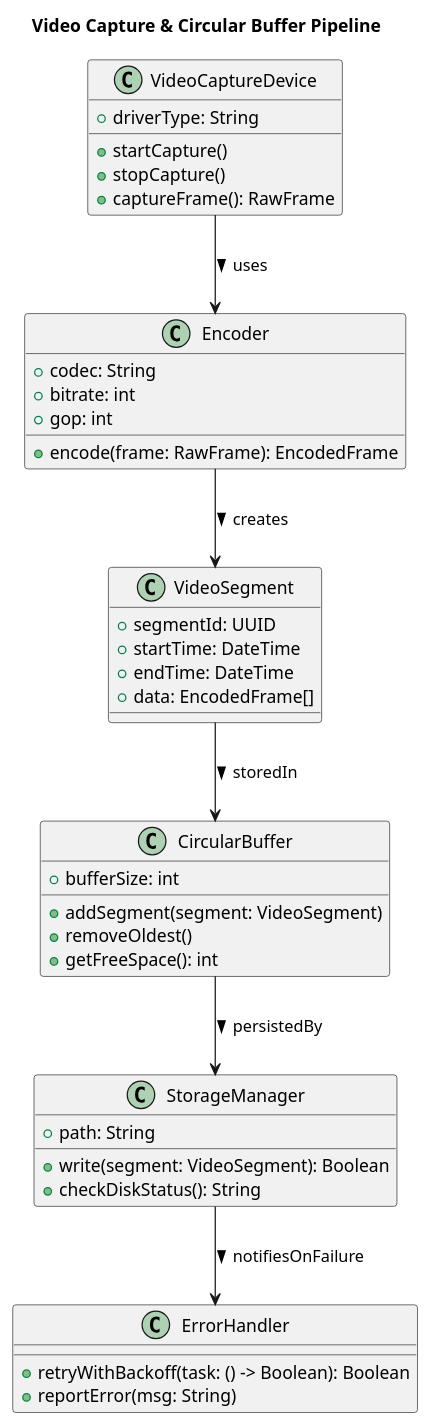
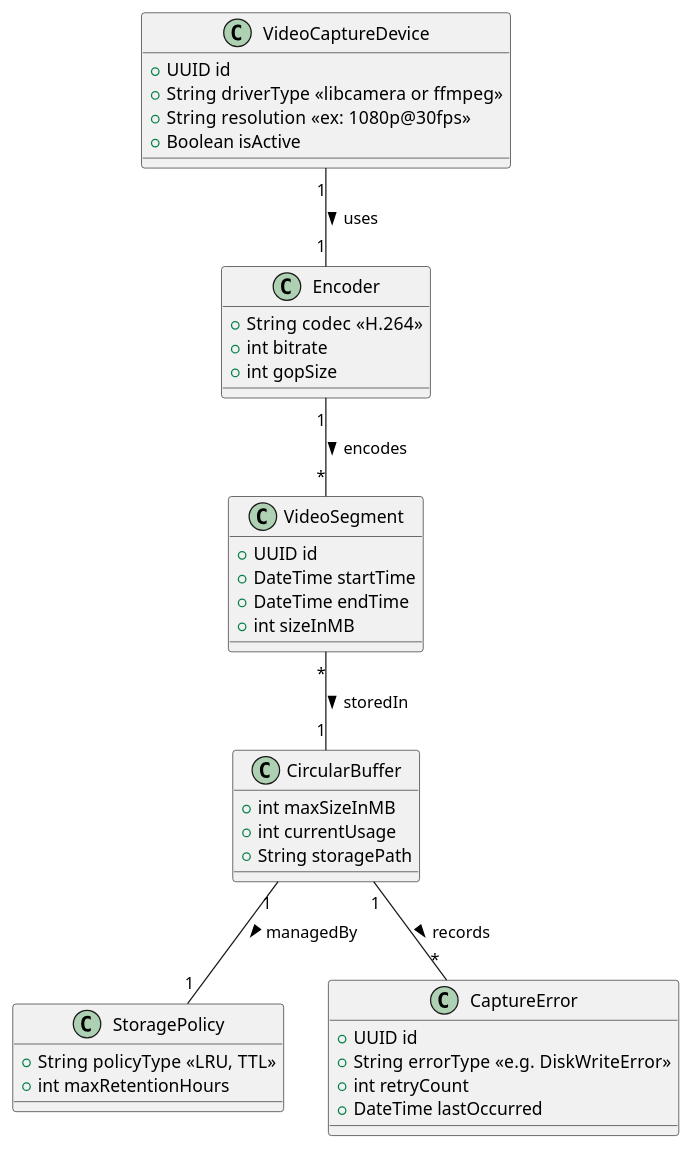
The diagram in 3.1.2 capture_pipeline.plantuml (KnightChaser/opencctv-plantuml-storage), drawn with PlantUML before and after one commit.

Commit message:
Update 3.1.2 capture_pipeline.plantuml

```diff
--- a/3.1.2 capture_pipeline.plantuml
+++ b/3.1.2 capture_pipeline.plantuml
@@ -1,56 +1,48 @@
 @startuml
-title Video Capture & Circular Buffer Pipeline
+'== Capture & Circular Buffer Domain Model ==
 
-' 비디오 캡처 장치 (libcamera 또는 FFmpeg)
 class VideoCaptureDevice {
-  +startCapture()
-  +stopCapture()
-  +captureFrame(): RawFrame
-  +driverType: String
+    +UUID id
+    +String driverType  <<libcamera or ffmpeg>>
+    +String resolution  <<ex: 1080p@30fps>>
+    +Boolean isActive
 }
 
-' 인코더: H.264
 class Encoder {
-  +encode(frame: RawFrame): EncodedFrame
-  +codec: String
-  +bitrate: int
-  +gop: int
+    +String codec  <<H.264>>
+    +int bitrate
+    +int gopSize
 }
 
-' 세그먼트 단위 영상
 class VideoSegment {
-  +segmentId: UUID
-  +startTime: DateTime
-  +endTime: DateTime
-  +data: EncodedFrame[]
+    +UUID id
+    +DateTime startTime
+    +DateTime endTime
+    +int sizeInMB
 }
 
-' 순환 버퍼 저장 구조
 class CircularBuffer {
-  +bufferSize: int
-  +addSegment(segment: VideoSegment)
-  +removeOldest()
-  +getFreeSpace(): int
+    +int maxSizeInMB
+    +int currentUsage
+    +String storagePath
 }
 
-' 디스크 저장 관리자
-class StorageManager {
-  +write(segment: VideoSegment): Boolean
-  +checkDiskStatus(): String
-  +path: String
+class StoragePolicy {
+    +String policyType  <<LRU, TTL>>
+    +int maxRetentionHours
 }
 
-' 예외 처리 및 재시도
-class ErrorHandler {
-  +retryWithBackoff(task: () -> Boolean): Boolean
-  +reportError(msg: String)
+class CaptureError {
+    +UUID id
+    +String errorType  <<e.g. DiskWriteError>>
+    +int retryCount
+    +DateTime lastOccurred
 }
 
-' 관계 연결
-VideoCaptureDevice --> Encoder : uses >
-Encoder --> VideoSegment : creates >
-VideoSegment --> CircularBuffer : storedIn >
-CircularBuffer --> StorageManager : persistedBy >
-StorageManager --> ErrorHandler : notifiesOnFailure >
+VideoCaptureDevice "1" -- "1" Encoder           : uses >
+Encoder "1" -- "*" VideoSegment                 : encodes >
+VideoSegment "*" -- "1" CircularBuffer          : storedIn >
+CircularBuffer "1" -- "1" StoragePolicy         : managedBy >
+CircularBuffer "1" -- "*" CaptureError          : records >
 
 @enduml
```
